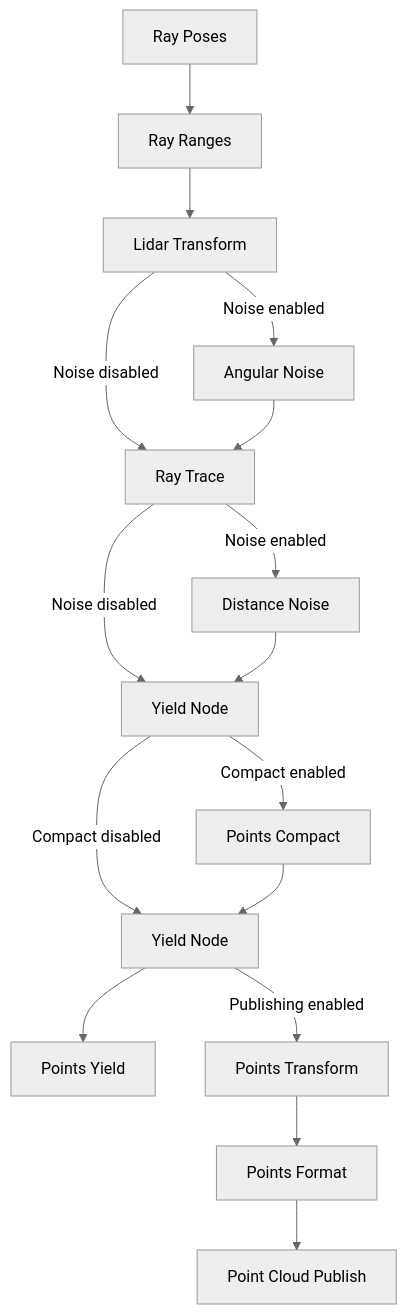
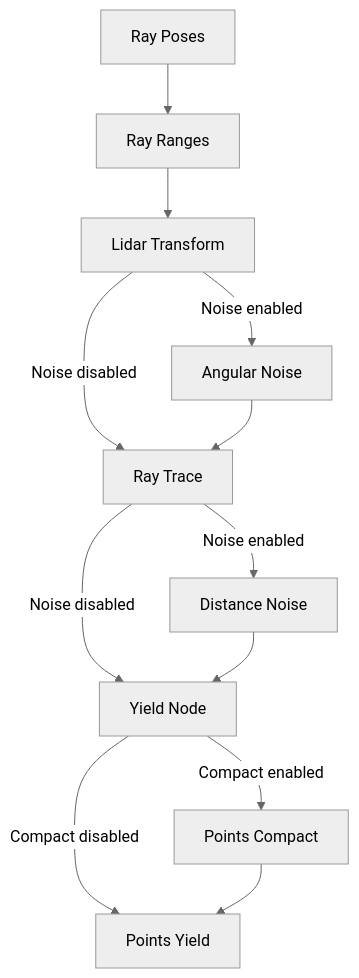
The diagram in static/PipelineGraph.mmd (RobotecAI/o3de-rgl-gem), drawn with Mermaid (neutral theme) before and after one commit. The commit also changed 5 other files, not shown here.

```diff
--- a/static/PipelineGraph.mmd
+++ b/static/PipelineGraph.mmd
@@ -1,16 +1,12 @@
 flowchart TD
     RP[Ray Poses] --> RR[Ray Ranges]
     RR --> LT[Lidar Transform]
     LT -->|Noise enabled| AN[Angular Noise]
     LT -->|Noise disabled| RT[Ray Trace]
     AN --> RT
     RT -->|Noise enabled| DN[Distance Noise]
     RT -->|Noise disabled| DNY[Yield Node]
     DN --> DNY
     DNY -->|Compact enabled| PC[Points Compact]
-    DNY -->|Compact disabled| PCY[Yield Node]
+    DNY -->|Compact disabled| PCY[Points Yield]
     PC --> PCY
-    PCY --> PY[Points Yield]
-    PCY -->|Publishing enabled| PT[Points Transform]
-    PT --> PF2[Points Format]
-    PF2 --> PCP[Point Cloud Publish]
```
